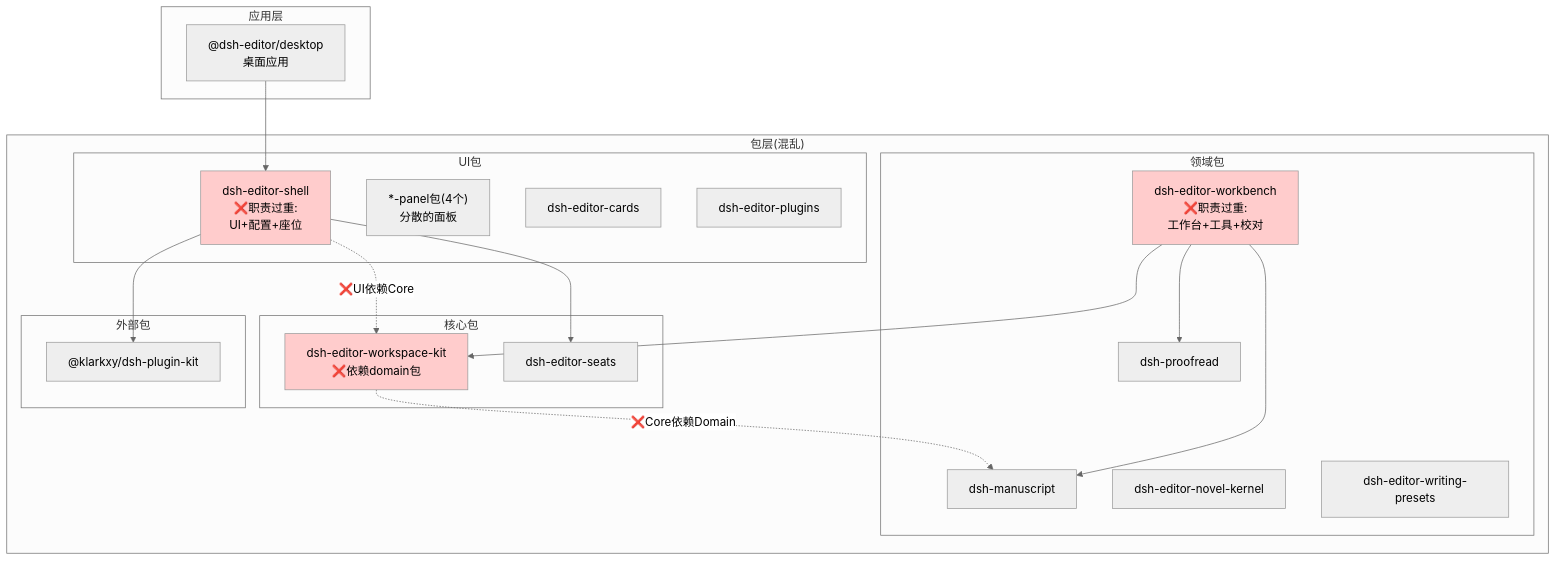
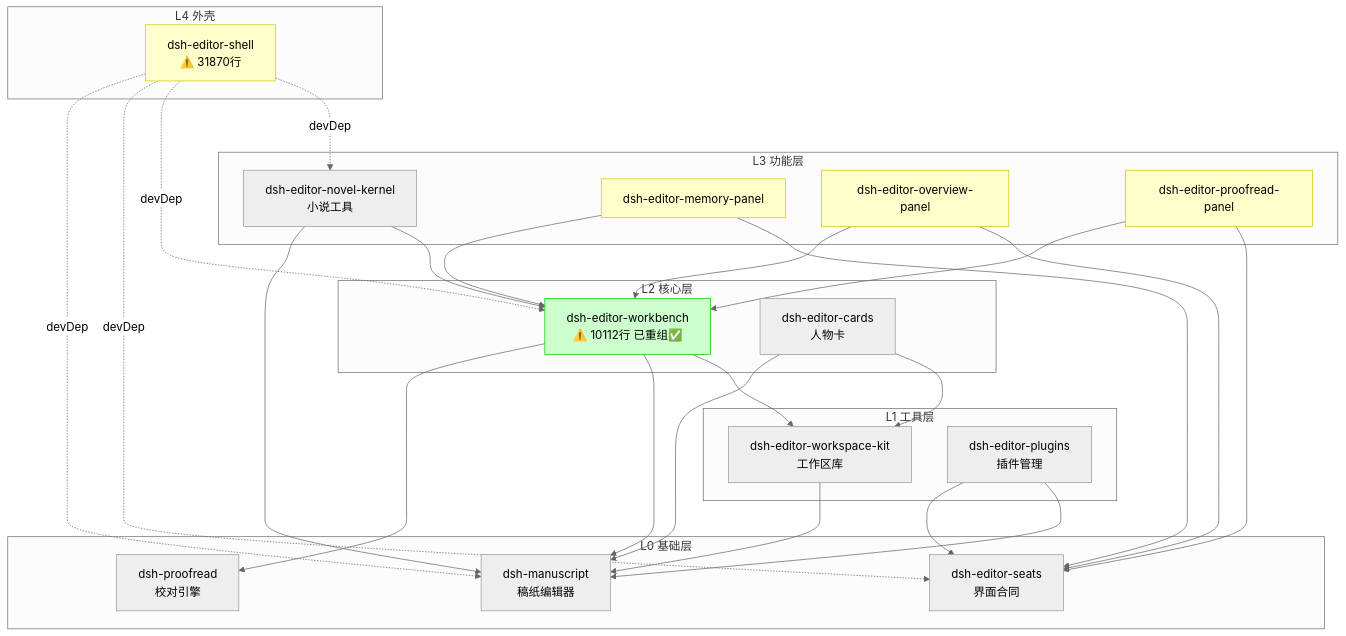
Before and after one commit to klarkxy/dsh-editor: the first of 2 diagrams in docs/architecture-comparison.md, drawn with Mermaid (neutral theme). The commit also changed other lines of this file and 1 other file, not shown here.

First line of the commit message:
docs: Add comprehensive refactoring proposal and architecture comparison

````diff
--- a/docs/architecture-comparison.md
+++ b/docs/architecture-comparison.md
@@ -5,47 +12,63 @@
 ```mermaid
 graph TB
-    subgraph apps["应用层"]
-        desktop["@dsh-editor/desktop<br/>桌面应用"]
+    subgraph L0[L0 基础层]
+        manuscript[dsh-manuscript<br/>稿纸编辑器]
+        proofread[dsh-proofread<br/>校对引擎]
+        seats[dsh-editor-seats<br/>界面合同]
     end
     
-    subgraph packages["包层(混乱)"]
-        subgraph ui["UI包"]
-            shell["dsh-editor-shell<br/>❌职责过重:<br/>UI+配置+座位"]
-            panels["*-panel包(4个)<br/>分散的面板"]
-            cards["dsh-editor-cards"]
-            plugins["dsh-editor-plugins"]
-        end
-        
-        subgraph domain["领域包"]
-            workbench["dsh-editor-workbench<br/>❌职责过重:<br/>工作台+工具+校对"]
-            manuscript["dsh-manuscript"]
-            proofread["dsh-proofread"]
-            novel["dsh-editor-novel-kernel"]
-            presets["dsh-editor-writing-presets"]
-        end
-        
-        subgraph core["核心包"]
-            wkit["dsh-editor-workspace-kit<br/>❌依赖domain包"]
-            seats["dsh-editor-seats"]
-        end
-        
-        subgraph external["外部包"]
-            pluginkit["@klarkxy/dsh-plugin-kit"]
-        end
+    subgraph L1[L1 工具层]
+        workspace-kit[dsh-editor-workspace-kit<br/>工作区库]
+        plugins[dsh-editor-plugins<br/>插件管理]
     end
     
-    desktop --> shell
-    shell -.->|❌UI依赖Core| wkit
-    shell --> seats
-    shell --> pluginkit
+    subgraph L2[L2 核心层]
+        workbench[dsh-editor-workbench<br/>⚠️ 10112行 已重组✅]
+        cards[dsh-editor-cards<br/>人物卡]
+    end
     
-    workbench --> wkit
+    subgraph L3[L3 功能层]
+        novel[dsh-editor-novel-kernel<br/>小说工具]
+        memory[dsh-editor-memory-panel]
+        overview[dsh-editor-overview-panel]
+        proof-panel[dsh-editor-proofread-panel]
+    end
+    
+    subgraph L4[L4 外壳]
+        shell[dsh-editor-shell<br/>⚠️ 31870行]
+    end
+    
+    workspace-kit --> manuscript
+    plugins --> manuscript
+    plugins --> seats
+    
+    workbench --> workspace-kit
     workbench --> manuscript
     workbench --> proofread
     
-    wkit -.->|❌Core依赖Domain| manuscript
+    cards --> workspace-kit
+    cards --> manuscript
     
-    style shell fill:#ffcccc
-    style wkit fill:#ffcccc
-    style workbench fill:#ffcccc
+    novel --> workbench
+    novel --> manuscript
+    
+    memory --> seats
+    memory --> workbench
+    
+    overview --> seats
+    overview --> workbench
+    
+    proof-panel --> seats
+    proof-panel --> workbench
+    
+    shell -.devDep.-> novel
+    shell -.devDep.-> workbench
+    shell -.devDep.-> seats
+    shell -.devDep.-> manuscript
+    
+    classDef improved fill:#ccffcc,stroke:#00cc00
+    classDef pending fill:#ffffcc,stroke:#cccc00
+    
+    class workbench improved
+    class shell,memory,overview,proof-panel pending
 ```
````
